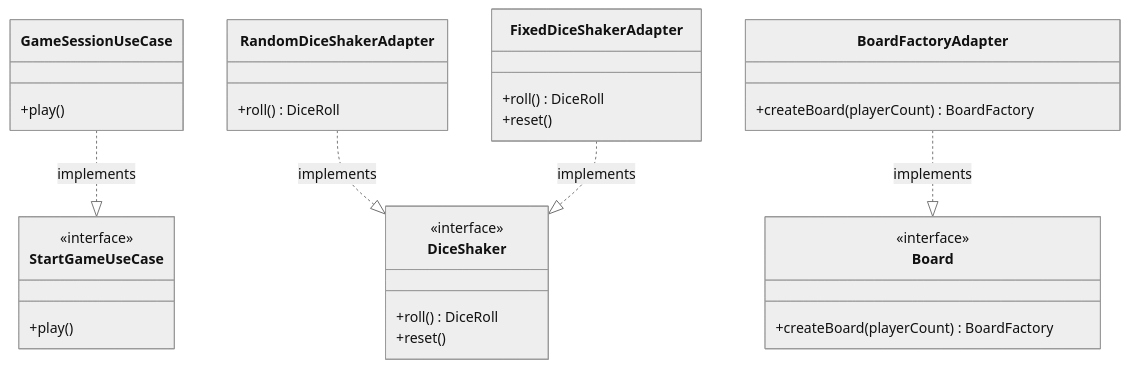
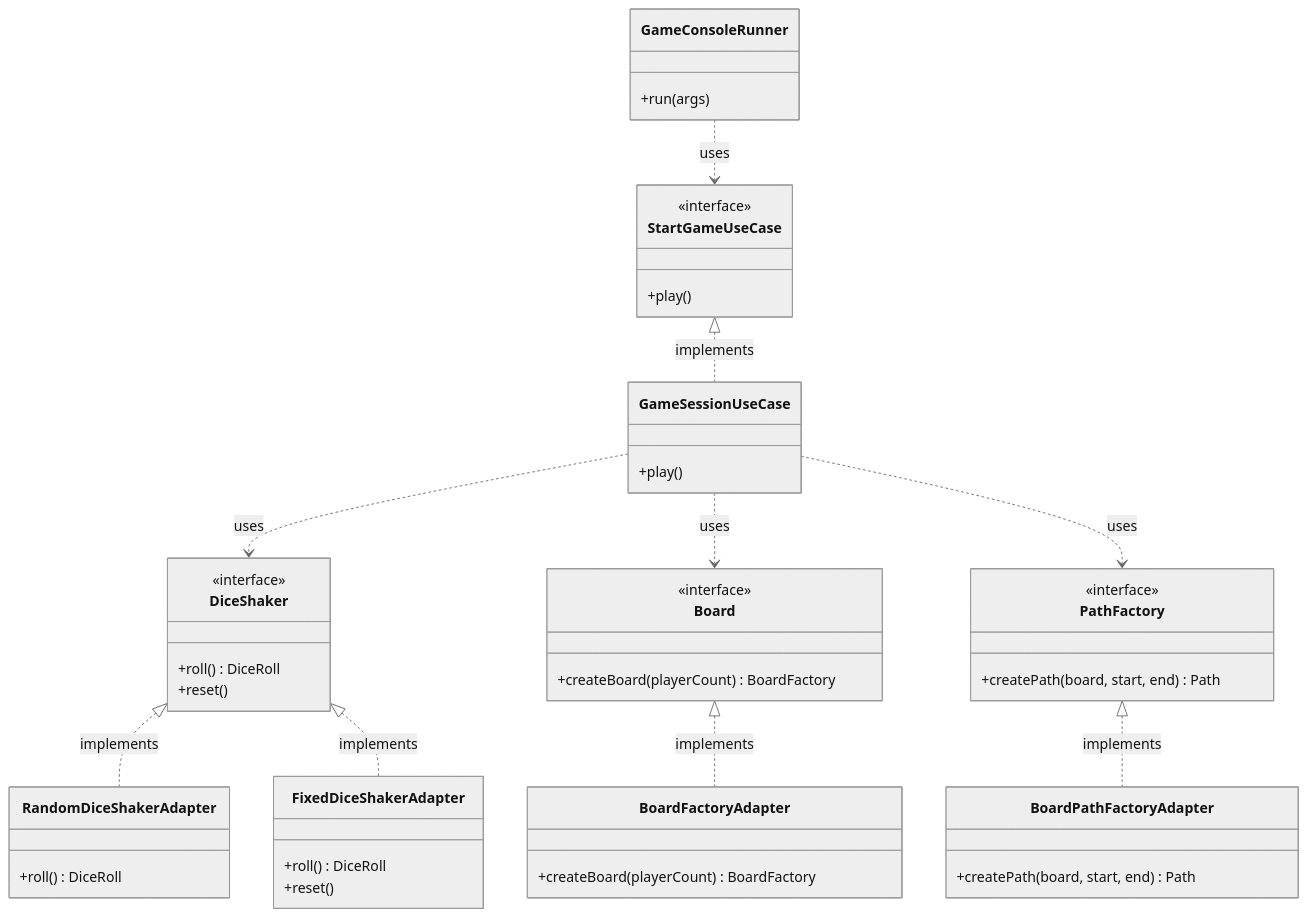
Before and after one commit to SirRmelTheThird/HyperJump: the first of 7 diagrams in README.md, drawn with Mermaid (neutral theme). The commit also changed other lines of this file, not shown here.

````diff
--- a/README.md
+++ b/README.md
@@ -5,34 +5,52 @@
 ```mermaid
 classDiagram
     class StartGameUseCase {
         <<interface>>
         +play()
     }
     class DiceShaker {
         <<interface>>
         +roll() DiceRoll
         +reset()
     }
     class Board {
         <<interface>>
         +createBoard(playerCount) BoardFactory
     }
+    class PathFactory {
+        <<interface>>
+        +createPath(board, start, end) Path
+    }
     class GameSessionUseCase {
         +play()
     }
     class RandomDiceShakerAdapter {
         +roll() DiceRoll
     }
     class FixedDiceShakerAdapter {
         +roll() DiceRoll
         +reset()
     }
     class BoardFactoryAdapter {
         +createBoard(playerCount) BoardFactory
     }
+    class BoardPathFactoryAdapter {
+        +createPath(board, start, end) Path
+    }
+    class GameConsoleRunner {
+        +run(args)
+    }
 
-    GameSessionUseCase ..|> StartGameUseCase : implements
-    RandomDiceShakerAdapter ..|> DiceShaker : implements
-    FixedDiceShakerAdapter ..|> DiceShaker : implements
-    BoardFactoryAdapter ..|> Board : implements
+    StartGameUseCase <|.. GameSessionUseCase : implements
+    GameConsoleRunner ..> StartGameUseCase : uses
+
+    DiceShaker <|.. RandomDiceShakerAdapter : implements
+    DiceShaker <|.. FixedDiceShakerAdapter : implements
+    GameSessionUseCase ..> DiceShaker : uses
+
+    Board <|.. BoardFactoryAdapter : implements
+    GameSessionUseCase ..> Board : uses
+
+    PathFactory <|.. BoardPathFactoryAdapter : implements
+    GameSessionUseCase ..> PathFactory : uses
 ```
````
